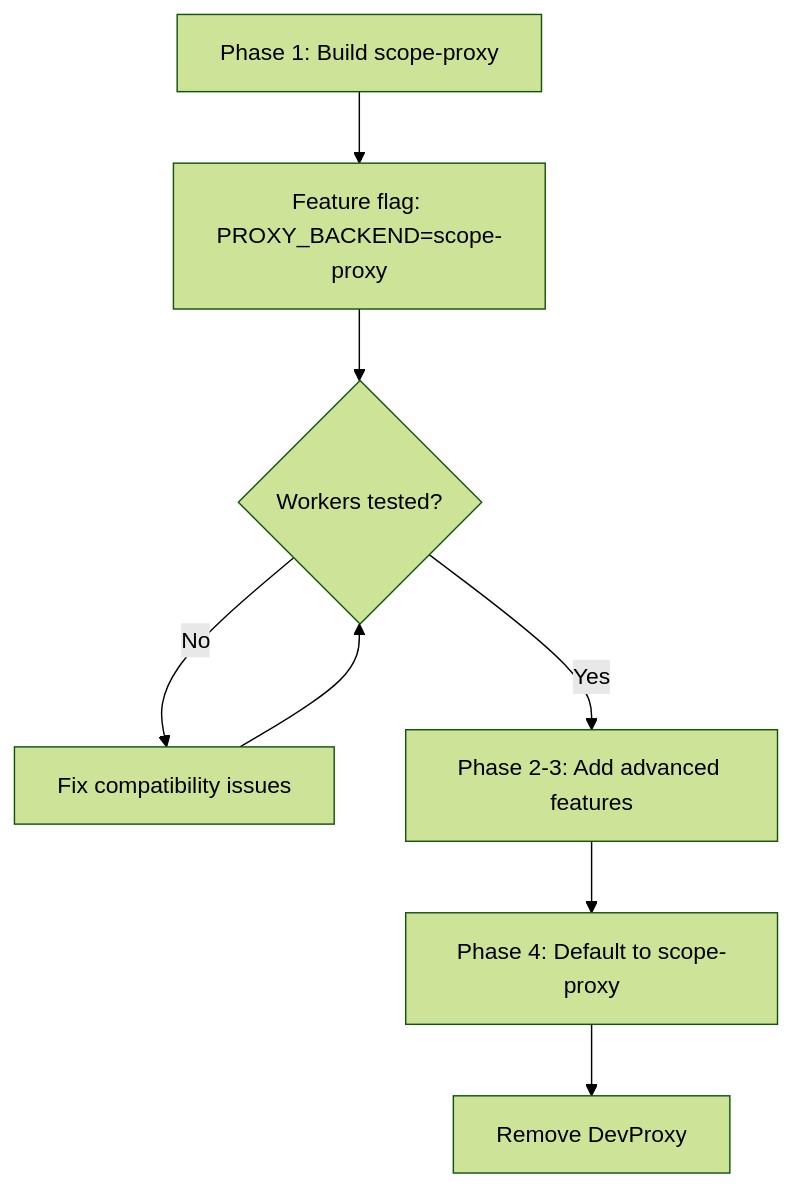
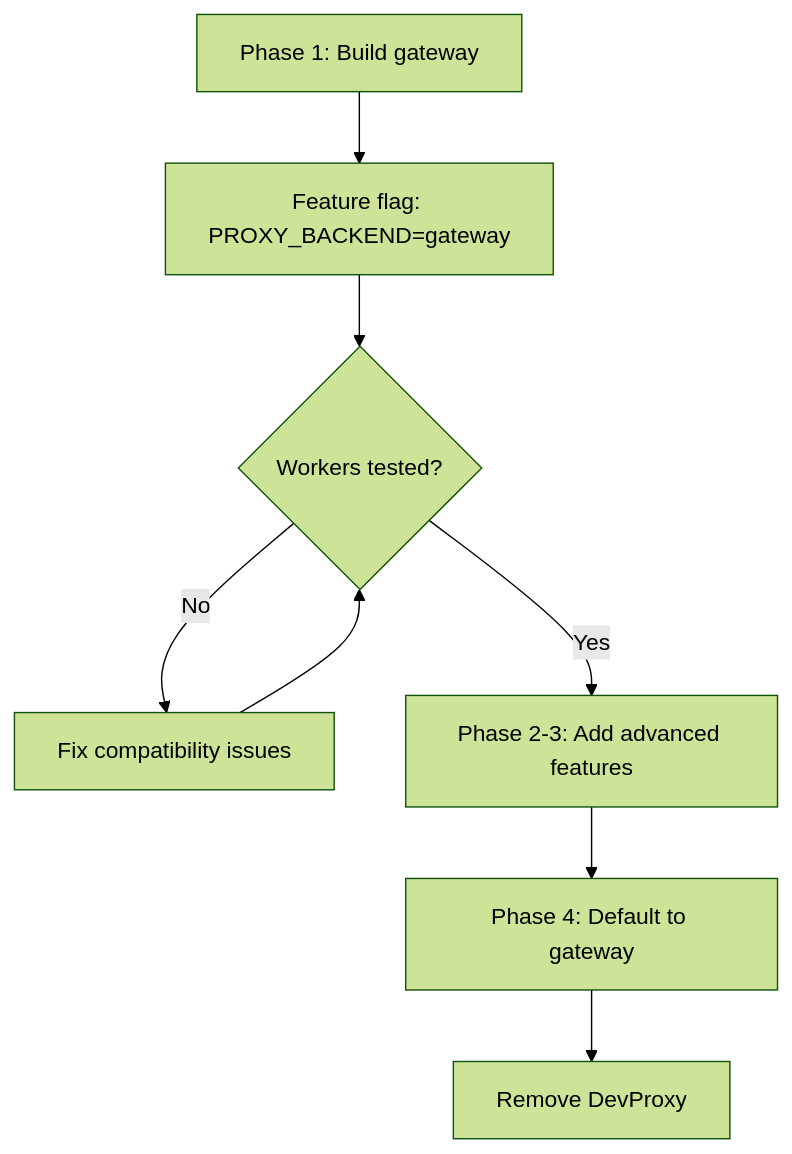
Before and after one commit to Gile987/scope: the fourth of 4 diagrams in docs/design/rust-tls-proxy.md, drawn with Mermaid (forest theme). The commit also changed other lines of this file, not shown here.

Commit message:
docs: rename project from scope-proxy to gateway (apps/gateway/)

````diff
--- a/docs/design/rust-tls-proxy.md
+++ b/docs/design/rust-tls-proxy.md
@@ -823,10 +823,10 @@
 ```mermaid
 flowchart TD
-    A[Phase 1: Build scope-proxy] --> B[Feature flag: PROXY_BACKEND=scope-proxy]
+    A[Phase 1: Build gateway] --> B[Feature flag: PROXY_BACKEND=gateway]
     B --> C{Workers tested?}
     C -->|No| D[Fix compatibility issues]
     D --> C
     C -->|Yes| E[Phase 2-3: Add advanced features]
-    E --> F[Phase 4: Default to scope-proxy]
+    E --> F[Phase 4: Default to gateway]
     F --> G[Remove DevProxy]
 ```
````
